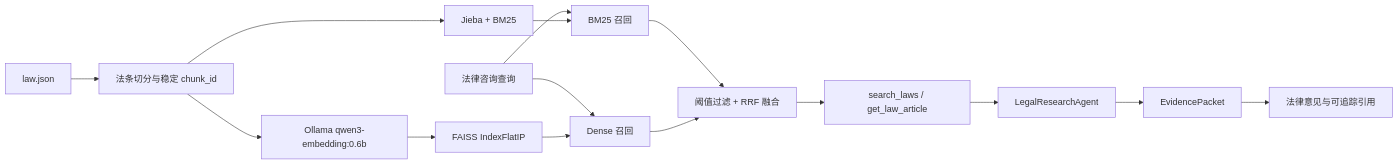
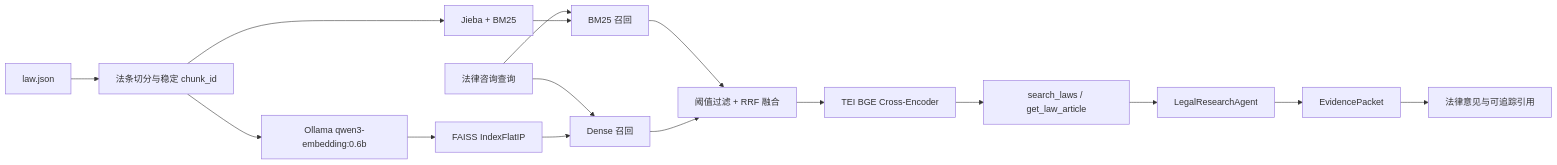
Before and after one commit to Vinn7/LawStation: the diagram in resume/rag.md, drawn with Mermaid. The commit also changed other lines of this file and 49 other files, not shown here.

````diff
--- a/resume/rag.md
+++ b/resume/rag.md
@@ -20,18 +21,19 @@
 ```mermaid
 flowchart LR
     LAW["law.json"] --> CHUNK["法条切分与稳定 chunk_id"]
     CHUNK --> BM25["Jieba + BM25"]
     CHUNK --> EMBED["Ollama qwen3-embedding:0.6b"]
     EMBED --> FAISS["FAISS IndexFlatIP"]
 
     QUERY["法律咨询查询"] --> LEXICAL["BM25 召回"]
     QUERY --> DENSE["Dense 召回"]
     BM25 --> LEXICAL
     FAISS --> DENSE
     LEXICAL --> RRF["阈值过滤 + RRF 融合"]
     DENSE --> RRF
-    RRF --> MCP["search_laws / get_law_article"]
+    RRF --> RERANK["TEI BGE Cross-Encoder"]
+    RERANK --> MCP["search_laws / get_law_article"]
     MCP --> RESEARCH["LegalResearchAgent"]
     RESEARCH --> EVIDENCE["EvidencePacket"]
     EVIDENCE --> ANSWER["法律意见与可追踪引用"]
 ```
````
